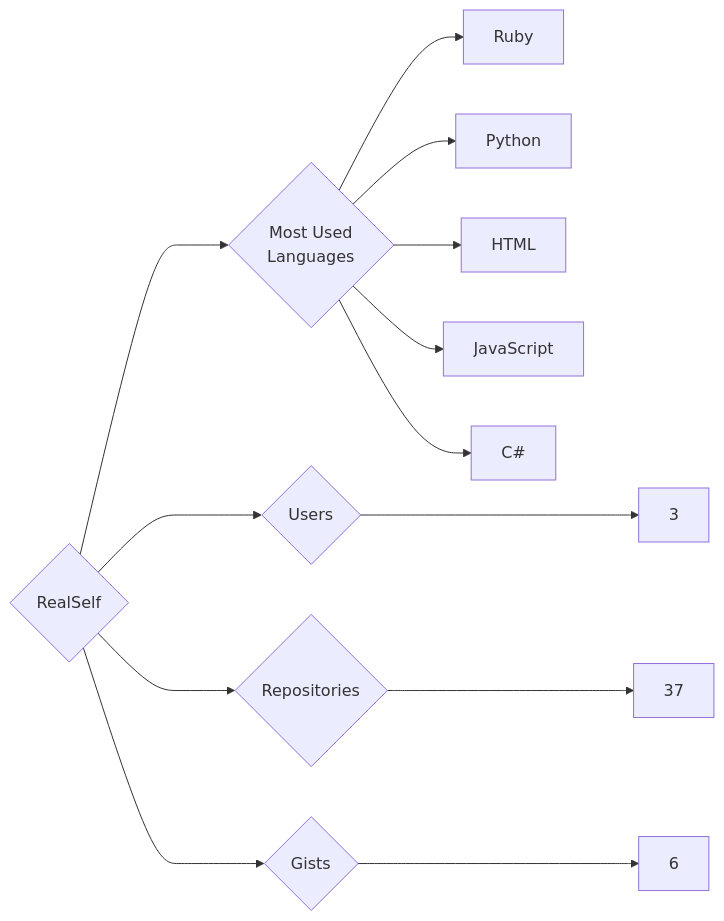
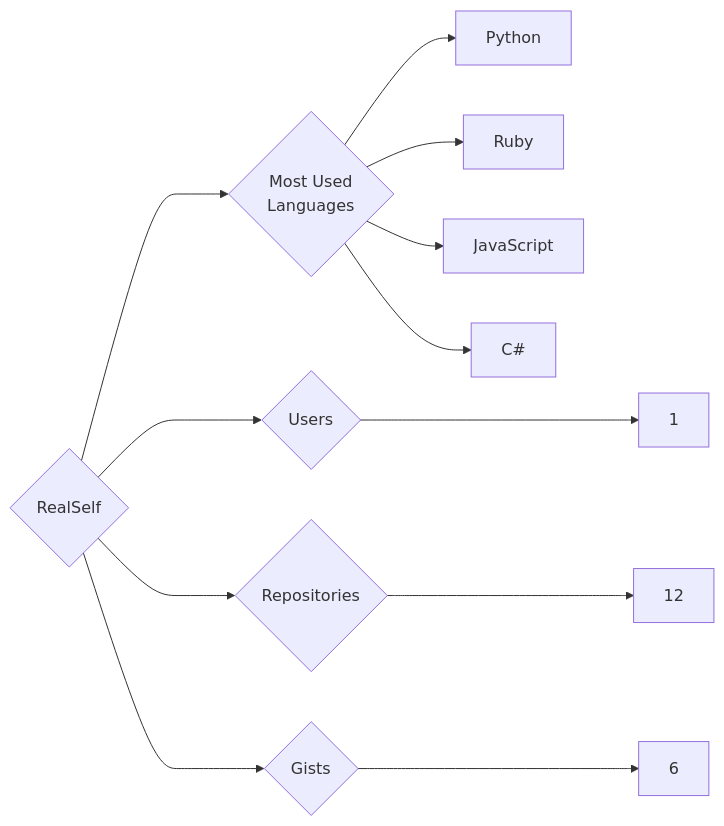
One commit to trickest/insiders changed the diagram in targets/RealSelf/README.md. Above: the diagram before and after it, drawn with Mermaid. The commit also changed 770 other files, not shown here.

````diff
--- a/targets/RealSelf/README.md
+++ b/targets/RealSelf/README.md
@@ -3,13 +3,12 @@
 ```mermaid
 graph LR
 COMPANY_NAME{RealSelf}
-COMPANY_NAME ---> U{Users} ---> UN[3]
-COMPANY_NAME ---> R{Repositories} ---> RN[37]
+COMPANY_NAME ---> U{Users} ---> UN[1]
+COMPANY_NAME ---> R{Repositories} ---> RN[12]
 COMPANY_NAME ---> G{Gists} ---> GN[6]
 COMPANY_NAME ---> ML{Most Used<br>Languages}
+ML --> Python[Python]
 ML --> Ruby[Ruby]
-ML --> Python[Python]
-ML --> HTML[HTML]
 ML --> JavaScript[JavaScript]
 ML --> C#[C#]
 ```
````
